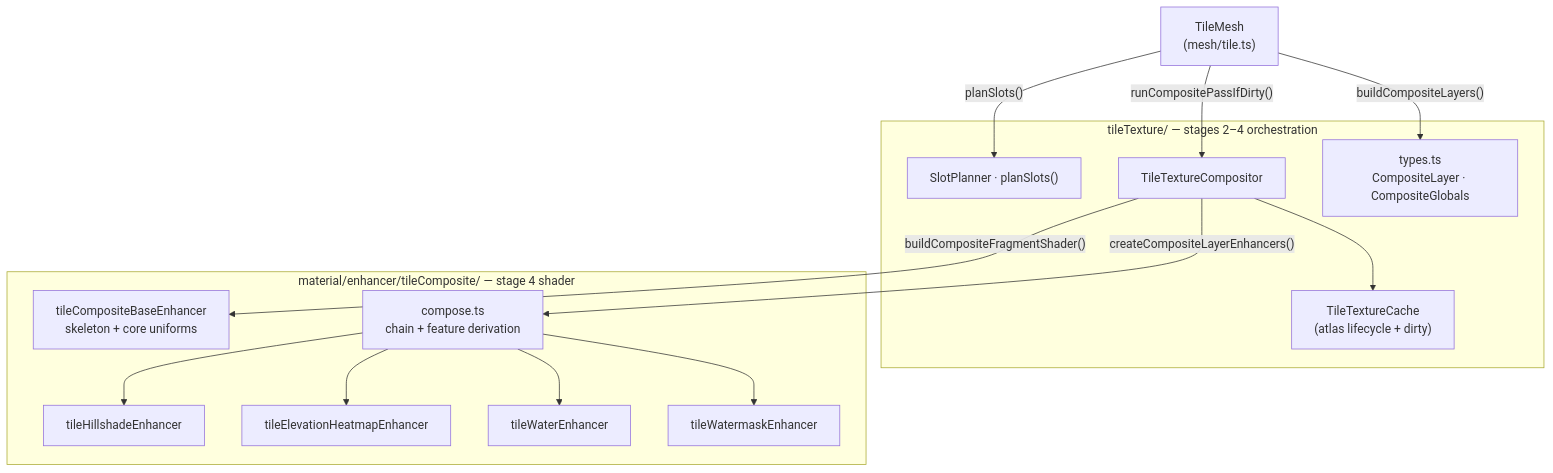
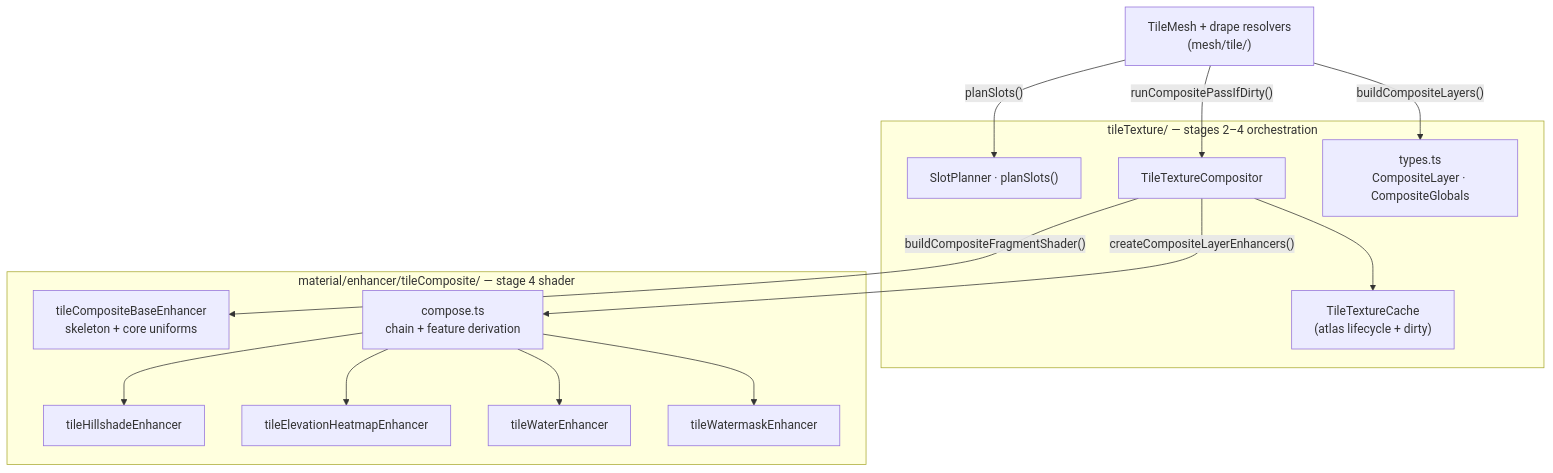
Before and after one commit to reearth/navara: the second of 8 diagrams in guide/TILE_TEXTURE_COMPOSITING.md, drawn with Mermaid. The commit also changed other lines of this file and 3 other files, not shown here.

````diff
--- a/guide/TILE_TEXTURE_COMPOSITING.md
+++ b/guide/TILE_TEXTURE_COMPOSITING.md
@@ -59,28 +59,28 @@
 ```mermaid
 graph TD
-  TileMesh["TileMesh<br/>(mesh/tile.ts)"]
+  TileMesh["TileMesh + drape resolvers<br/>(mesh/tile/)"]
 
   subgraph tt["tileTexture/ — stages 2–4 orchestration"]
     Planner["SlotPlanner · planSlots()"]
     Compositor["TileTextureCompositor"]
     Cache["TileTextureCache<br/>(atlas lifecycle + dirty)"]
     Types["types.ts<br/>CompositeLayer · CompositeGlobals"]
   end
 
   subgraph te["material/enhancer/tileComposite/ — stage 4 shader"]
     Base["tileCompositeBaseEnhancer<br/>skeleton + core uniforms"]
     Hill["tileHillshadeEnhancer"]
     Elev["tileElevationHeatmapEnhancer"]
     Water["tileWaterEnhancer"]
     Mask["tileWatermaskEnhancer"]
     Compose["compose.ts<br/>chain + feature derivation"]
   end
 
   TileMesh -->|"buildCompositeLayers()"| Types
   TileMesh -->|"planSlots()"| Planner
   TileMesh -->|"runCompositePassIfDirty()"| Compositor
   Compositor --> Cache
   Compositor -->|"createCompositeLayerEnhancers()"| Compose
   Compose --> Hill & Elev & Water & Mask
   Compositor -->|"buildCompositeFragmentShader()"| Base
 ```
````
